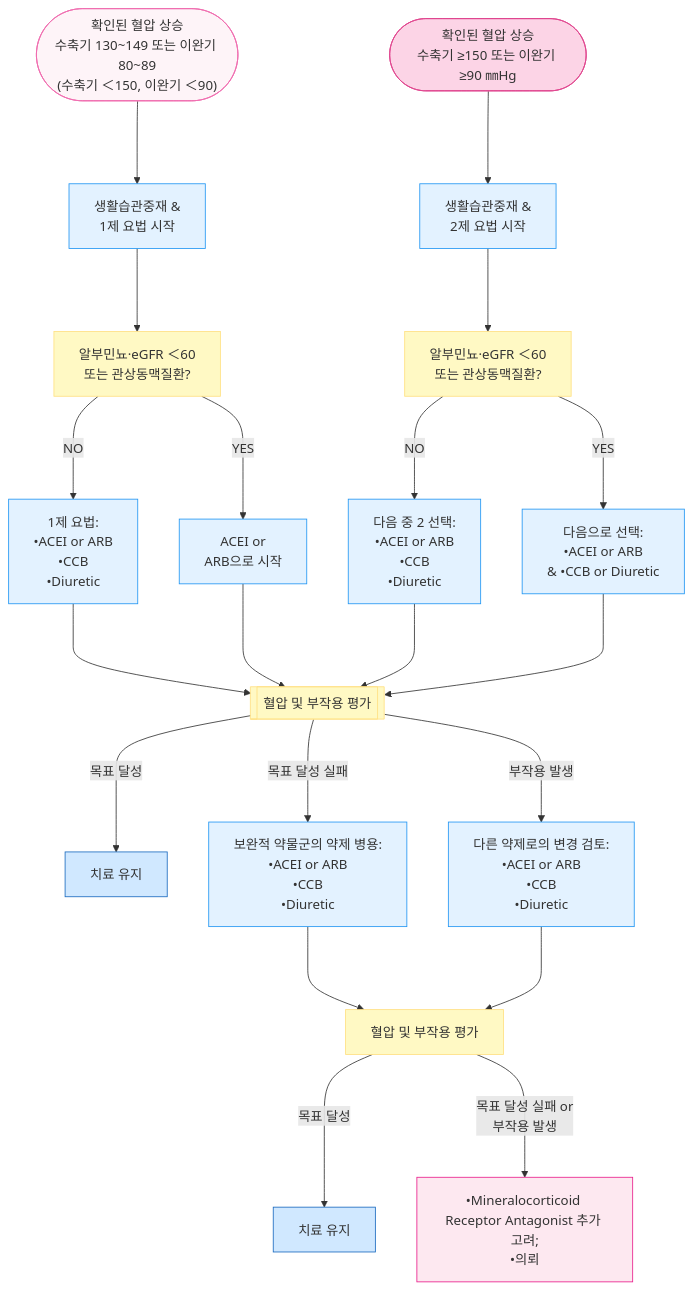
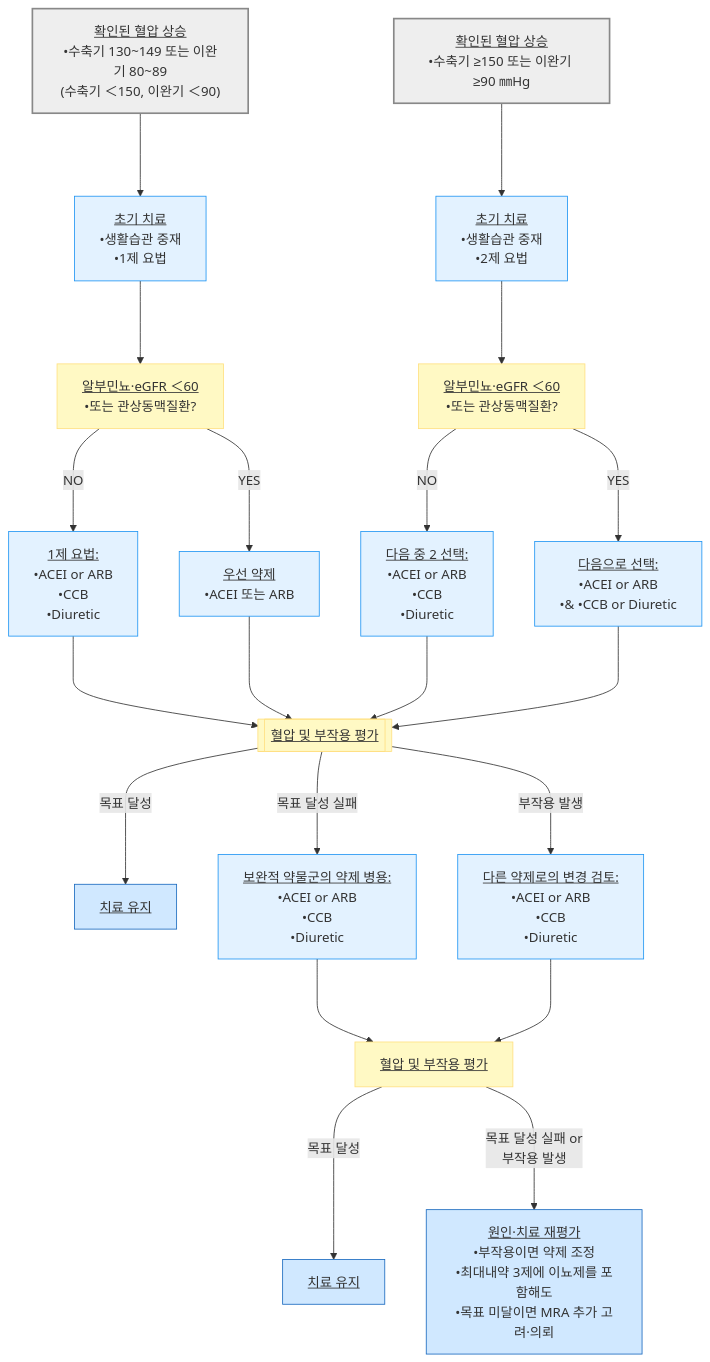
Before and after one commit to familyoh77/familyoh77: the third of 4 diagrams in 226_/100_-diabetes-mellitus.md, drawn with Mermaid. The commit also changed other lines of this file and 9 other files, not shown here.

````diff
--- a/226_/100_-diabetes-mellitus.md
+++ b/226_/100_-diabetes-mellitus.md
@@ -712,32 +713,32 @@
 ```mermaid
 graph TD
-    A(["확인된 혈압 상승<br/>수축기 130~149 또는 이완기 80~89<br/>(수축기 ＜150, 이완기 ＜90)"]) ---> B["생활습관중재 &<br/>1제 요법 시작"]
-    D(["확인된 혈압 상승<br/>수축기 ≥150 또는 이완기 ≥90 ㎜Hg"]) ---> E["생활습관중재 &<br/>2제 요법 시작"]
-    B ---> F["알부민뇨·eGFR ＜60<br/>또는 관상동맥질환?"]
-    E ---> G["알부민뇨·eGFR ＜60<br/>또는 관상동맥질환?"]
-    F --->|NO| H["1제 요법:<br/>•ACEI or ARB<br/>•CCB<br/>•Diuretic"]
-    F --->|YES| I["ACEI or <br/>ARB으로 시작"]
-    G --->|NO| J["다음 중 2 선택:<br/>•ACEI or ARB<br/>•CCB<br/>•Diuretic"]
-    G --->|YES| K["다음으로 선택:<br/>•ACEI or ARB<br/>& •CCB or Diuretic"]
-    H ---> L[["혈압 및 부작용 평가"]]
+    A["<u>확인된 혈압 상승</u><br/>•수축기 130~149 또는 이완기 80~89<br/>(수축기 ＜150, 이완기 ＜90)"] ---> B["<u>초기 치료</u><br/>•생활습관 중재<br/>•1제 요법"]
+    D["<u>확인된 혈압 상승</u><br/>•수축기 ≥150 또는 이완기 ≥90 ㎜Hg"] ---> E["<u>초기 치료</u><br/>•생활습관 중재<br/>•2제 요법"]
+    B ---> F["<u>알부민뇨·eGFR ＜60</u><br/>•또는 관상동맥질환?"]
+    E ---> G["<u>알부민뇨·eGFR ＜60</u><br/>•또는 관상동맥질환?"]
+    F --->|NO| H["<u>1제 요법:</u><br/>•ACEI or ARB<br/>•CCB<br/>•Diuretic"]
+    F --->|YES| I["<u>우선 약제</u><br/>•ACEI 또는 ARB"]
+    G --->|NO| J["<u>다음 중 2 선택:</u><br/>•ACEI or ARB<br/>•CCB<br/>•Diuretic"]
+    G --->|YES| K["<u>다음으로 선택:</u><br/>•ACEI or ARB<br/>•& •CCB or Diuretic"]
+    H ---> L[["<u>혈압 및 부작용 평가</u>"]]
     I ---> L
     J ---> L
     K ---> L
-    L --->|목표 달성| M["치료 유지"]
-    L --->|목표 달성 실패| N["보완적 약물군의 약제 병용:<br/>•ACEI or ARB<br/>•CCB<br/>•Diuretic"]
-    L --->|부작용 발생| O["다른 약제로의 변경 검토:<br/>•ACEI or ARB<br/>•CCB<br/>•Diuretic"]
-    N ---> P["혈압 및 부작용 평가"]
+    L --->|목표 달성| M["<u>치료 유지</u>"]
+    L --->|목표 달성 실패| N["<u>보완적 약물군의 약제 병용:</u><br/>•ACEI or ARB<br/>•CCB<br/>•Diuretic"]
+    L --->|부작용 발생| O["<u>다른 약제로의 변경 검토:</u><br/>•ACEI or ARB<br/>•CCB<br/>•Diuretic"]
+    N ---> P["<u>혈압 및 부작용 평가</u>"]
     O ---> P
-    P --->|목표 달성| Q["치료 유지"]
-    P --->|"목표 달성 실패 or<br/>부작용 발생"| R["•Mineralocorticoid Receptor Antagonist 추가 고려;<br/>•의뢰"]
+    P --->|목표 달성| Q["<u>치료 유지</u>"]
+    P --->|"목표 달성 실패 or<br/>부작용 발생"| R["<u>원인·치료 재평가</u><br/>•부작용이면 약제 조정<br/>•최대내약 3제에 이뇨제를 포함해도<br/>•목표 미달이면 MRA 추가 고려·의뢰"]
 
-style A fill:#fef4f8,stroke:#f06baf
-style D fill:#fcd4e6,stroke:#e0448e
-classDef yellow fill:#fff9c4,stroke:#ffe082
-class F,G,L,P yellow
+style A fill:#eeeeee,stroke:#888888,stroke-width:2px
+style D fill:#eeeeee,stroke:#888888,stroke-width:2px
+classDef question fill:#fff9c4,stroke:#ffe082
+class F,G,L,P question
 classDef sky fill:#e3f2ff,stroke:#2196f3
 class B,E,H,I,J,K,N,O sky
 classDef blue fill:#d0e8ff,stroke:#1a6abf
 class M,Q blue
-style R fill:#fde8f0,stroke:#e91e8c
+style R fill:#d0e8ff,stroke:#1a6abf
 ```
````
